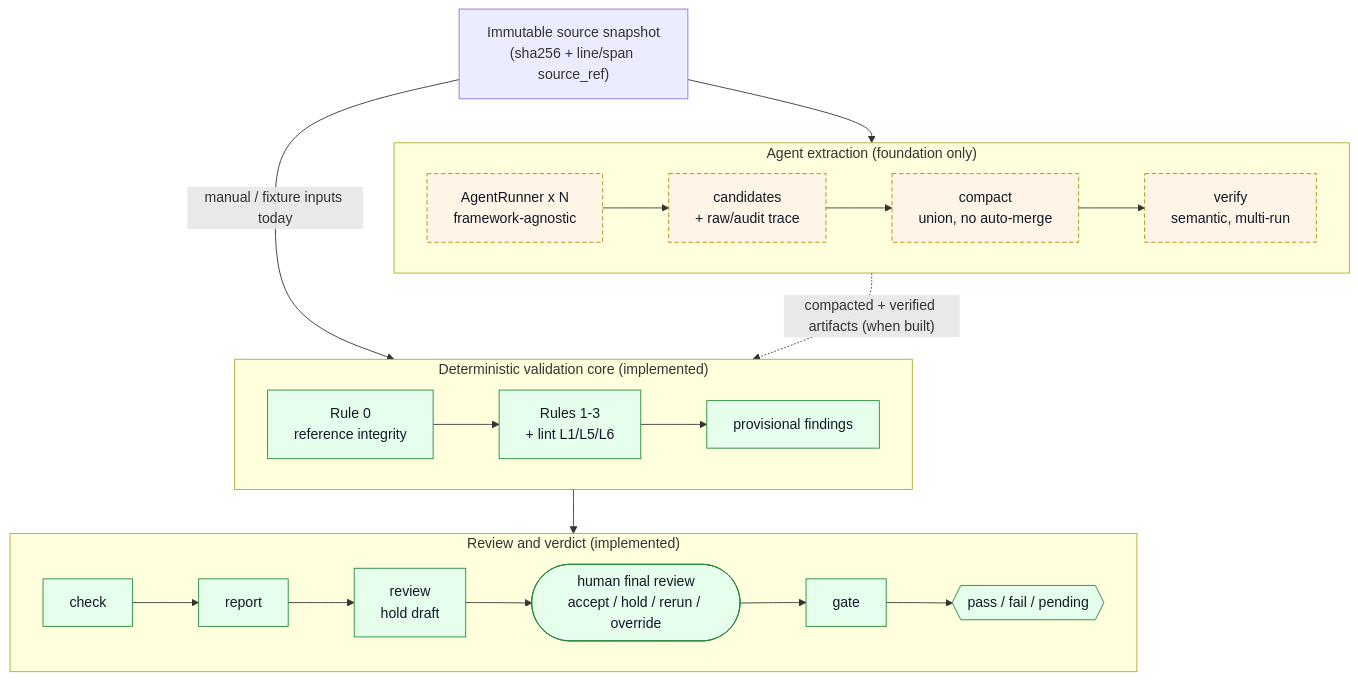
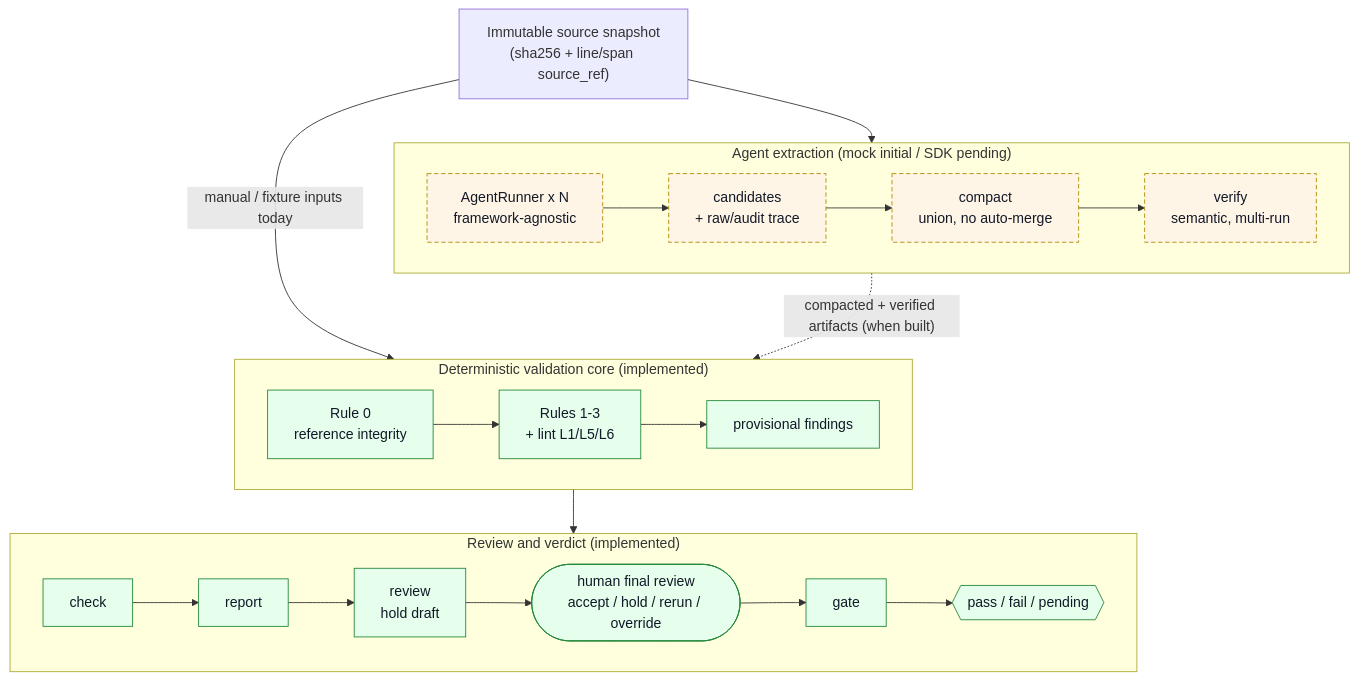
One commit to entangelk/assessment_poc changed the diagram in README.md. Above: the diagram before and after it, drawn with Mermaid. The commit also changed other lines of this file and 9 other files, not shown here.

Commit message:
Add mock fixture extract orchestration

````diff
--- a/README.md
+++ b/README.md
@@ -158,29 +161,29 @@
 ```mermaid
 flowchart TB
     SNAP["Immutable source snapshot<br/>(sha256 + line/span source_ref)"]
 
-    subgraph EXTRACT["Agent extraction (foundation only)"]
+    subgraph EXTRACT["Agent extraction (mock initial / SDK pending)"]
         direction LR
         RUNS["AgentRunner x N<br/>framework-agnostic"] --> CANDS["candidates<br/>+ raw/audit trace"] --> COMPACT["compact<br/>union, no auto-merge"] --> VERIFY["verify<br/>semantic, multi-run"]
     end
 
     subgraph CORE["Deterministic validation core (implemented)"]
         direction LR
         R0["Rule 0<br/>reference integrity"] --> RJ["Rules 1-3<br/>+ lint L1/L5/L6"] --> FINDINGS["provisional findings"]
     end
 
     subgraph FLOW["Review and verdict (implemented)"]
         direction LR
         CHECK["check"] --> REPORT["report"] --> REVIEW["review<br/>hold draft"] --> HUMAN(["human final review<br/>accept / hold / rerun / override"]) --> GATE["gate"] --> VERDICT{{"pass / fail / pending"}}
     end
 
     SNAP --> RUNS
     SNAP -->|"manual / fixture inputs today"| R0
     VERIFY -.->|"compacted + verified artifacts (when built)"| R0
     FINDINGS --> CHECK
 
     classDef done fill:#e6ffed,stroke:#22863a,color:#111827;
     classDef todo fill:#fff5e6,stroke:#b08800,color:#111827,stroke-dasharray:5 3;
     class R0,RJ,FINDINGS,CHECK,REPORT,REVIEW,HUMAN,GATE,VERDICT done;
     class RUNS,CANDS,COMPACT,VERIFY todo;
 ```
````
